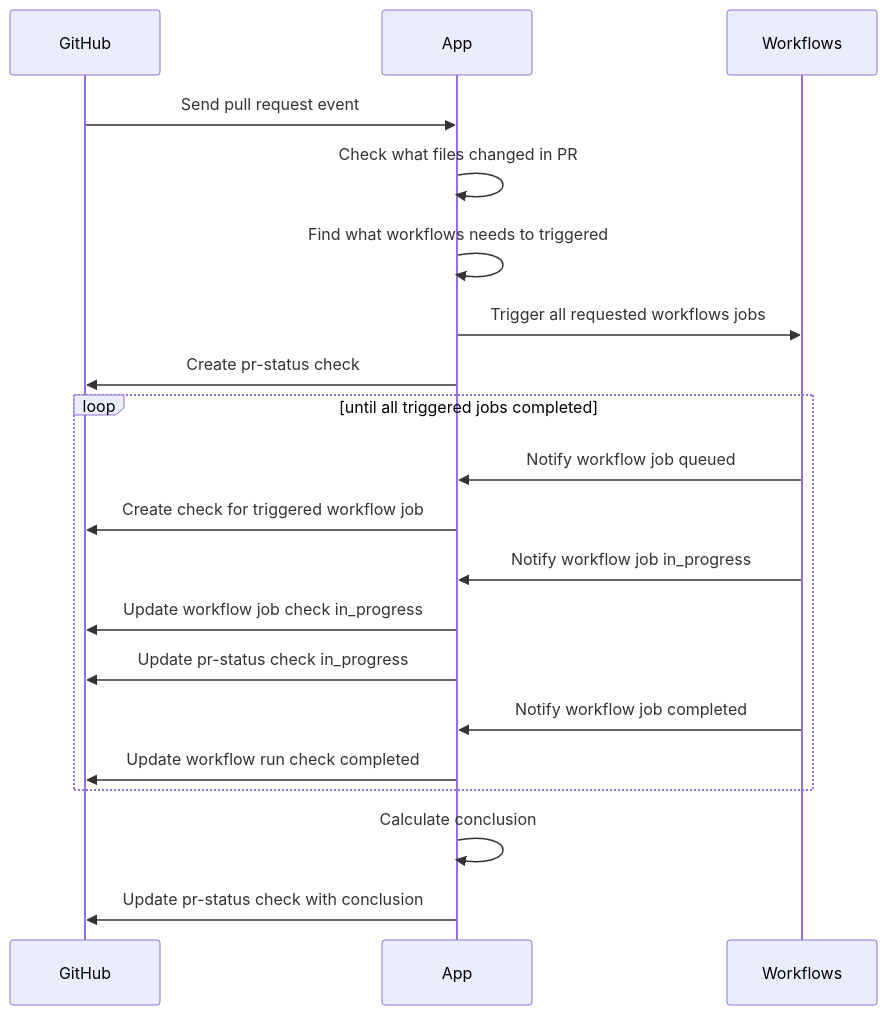
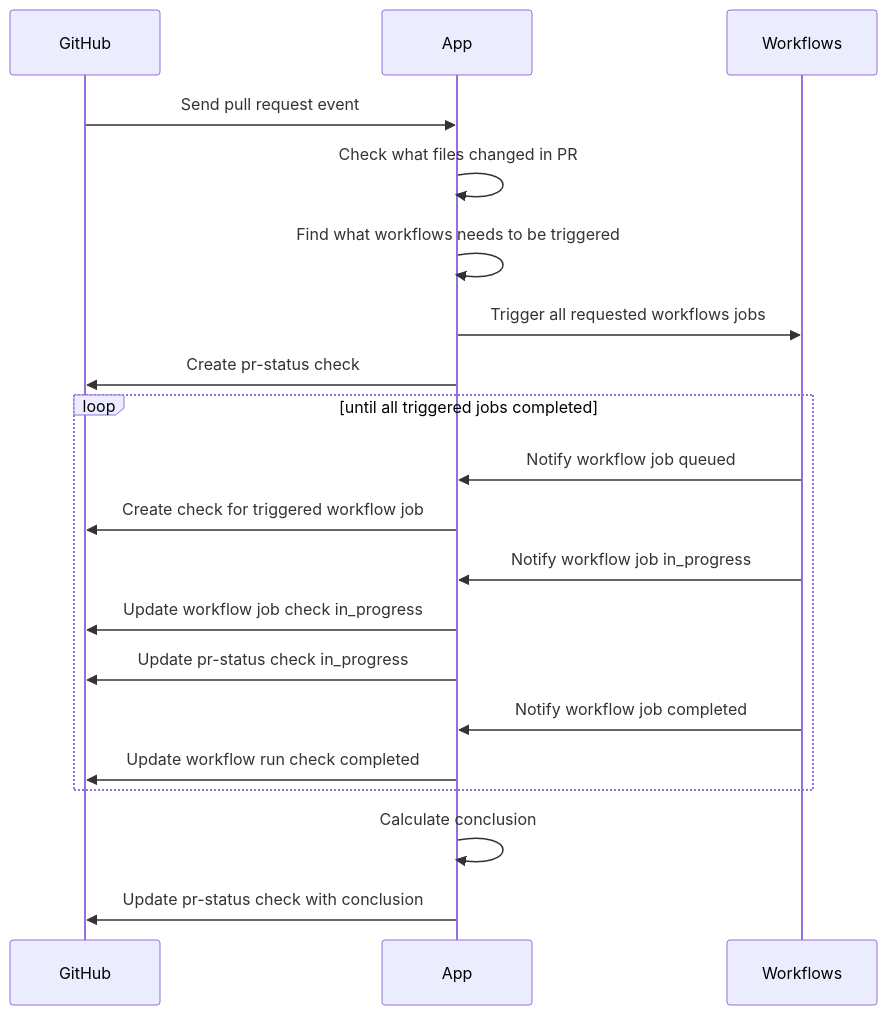
The diagram in README.md (mdolinin/gha-conductor), drawn with Mermaid before and after one commit. The commit also changed other lines of this file, not shown here.

````diff
--- a/README.md
+++ b/README.md
@@ -147,23 +147,23 @@
 ```mermaid
 sequenceDiagram
     participant GitHub
     participant App
     participant Workflows
 
     GitHub->>App: Send pull request event
     App->>App: Check what files changed in PR
-    App->>App: Find what workflows needs to triggered
+    App->>App: Find what workflows needs to be triggered
     App->>Workflows: Trigger all requested workflows jobs
     App->>GitHub: Create pr-status check
     loop until all triggered jobs completed
         Workflows->>App: Notify workflow job queued
         App->>GitHub: Create check for triggered workflow job
         Workflows->>App: Notify workflow job in_progress
         App->>GitHub: Update workflow job check in_progress
         App->>GitHub: Update pr-status check in_progress
         Workflows->>App: Notify workflow job completed
         App->>GitHub: Update workflow run check completed
     end
     App->>App: Calculate conclusion
     App->>GitHub: Update pr-status check with conclusion
 ```    
````
